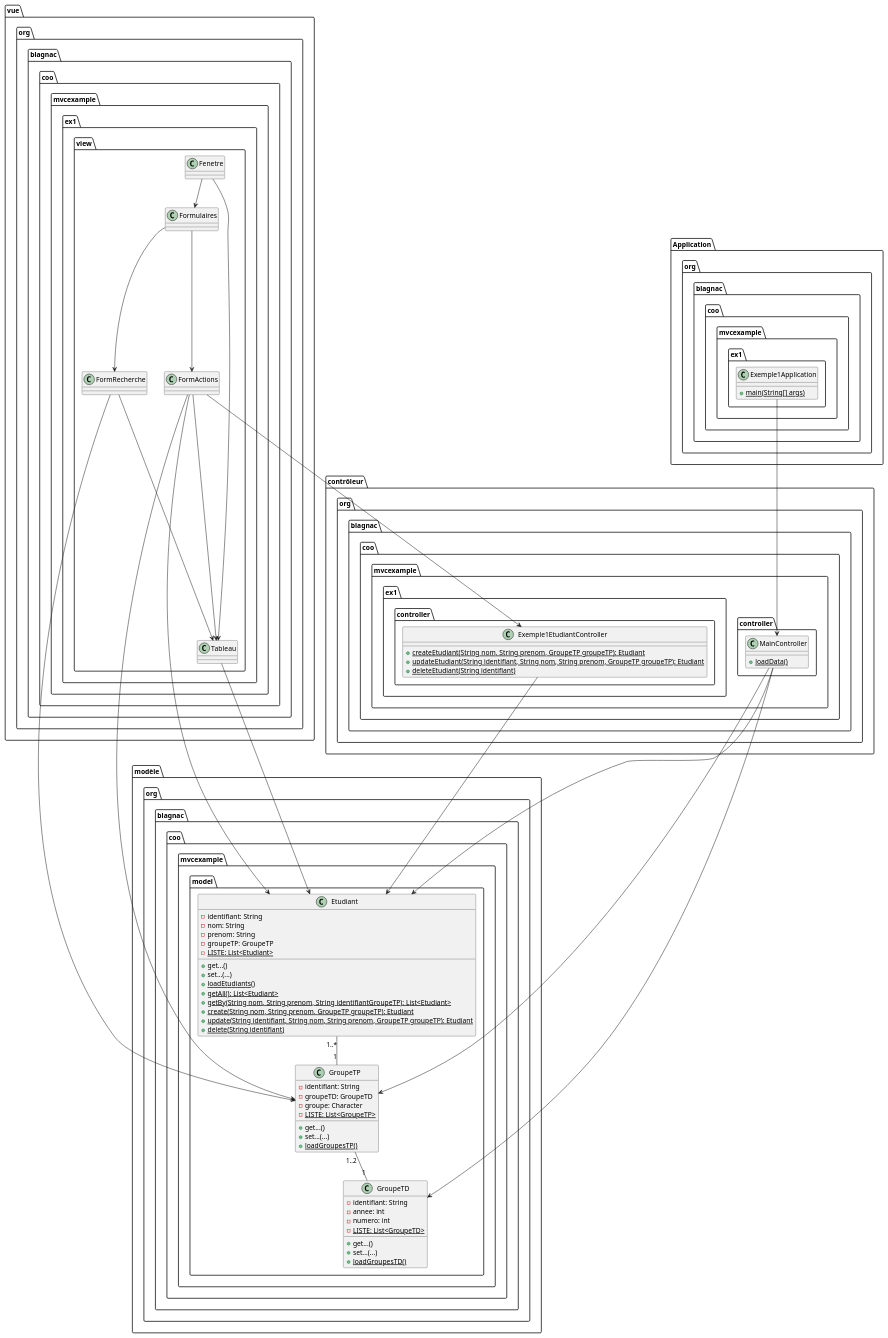
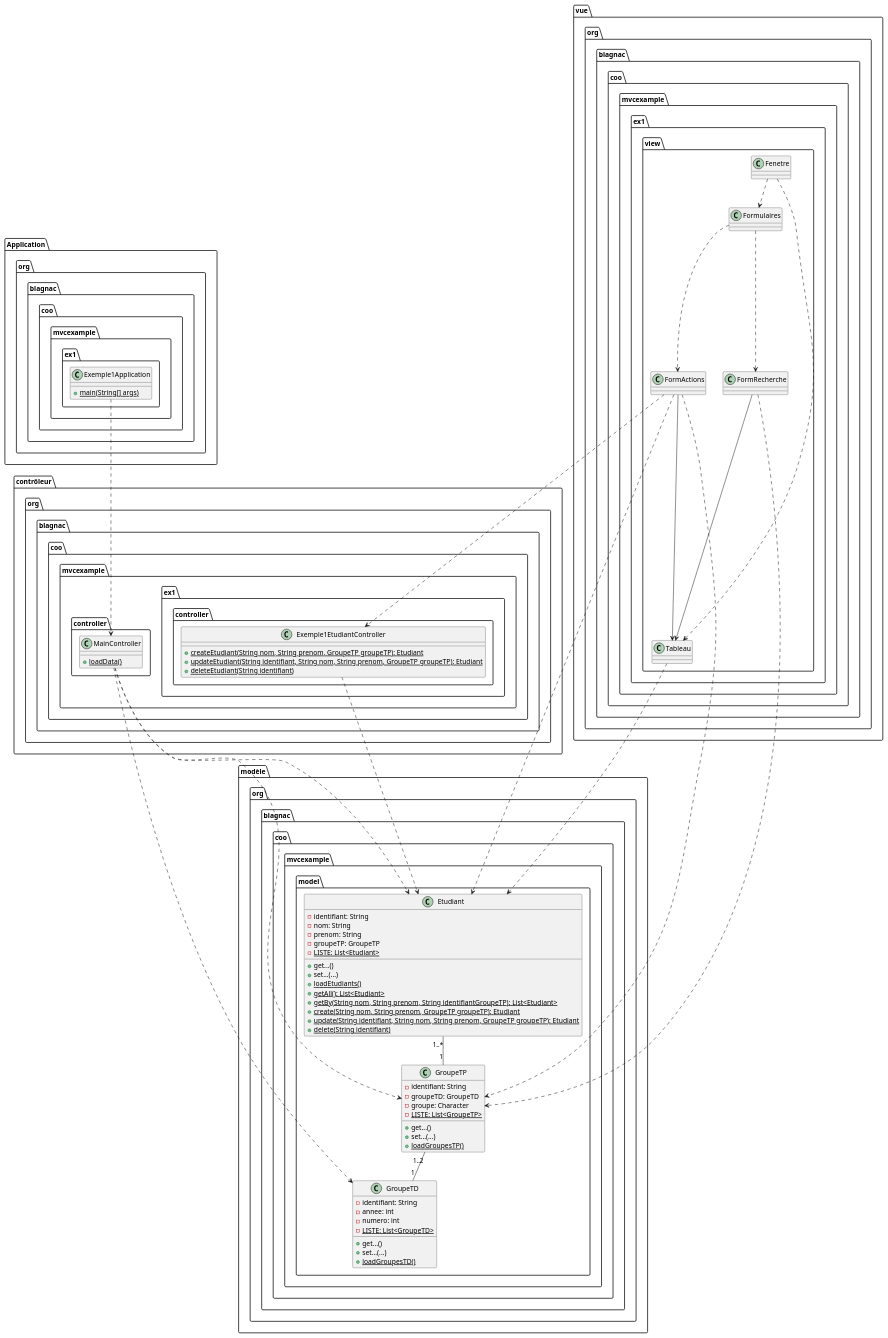
The fifth of 5 diagrams in src/main/doc/exemple1.adoc (tgoubin/mvc-example), drawn with PlantUML before and after one commit. The commit also changed other lines of this file and 2 other files, not shown here.

Commit message:
Corrections UML

```diff
--- a/src/main/doc/exemple1.adoc
+++ b/src/main/doc/exemple1.adoc
@@ -374,27 +374,27 @@
 	}
 }
 
-Fenetre --> Formulaires
-Fenetre --> Tableau
-Formulaires --> FormRecherche
-Formulaires --> FormActions
+Fenetre ..> Formulaires
+Fenetre ..> Tableau
+Formulaires ..> FormRecherche
+Formulaires ..> FormActions
 FormRecherche --> Tableau
 FormActions --> Tableau
 
-FormRecherche --> GroupeTP
-FormActions --> GroupeTP
-FormActions --> Etudiant
-FormActions --> Exemple1EtudiantController
-Tableau --> Etudiant
-Exemple1EtudiantController --> Etudiant
+FormRecherche ..> GroupeTP
+FormActions ..> GroupeTP
+FormActions ..> Etudiant
+FormActions ..> Exemple1EtudiantController
+Tableau ..> Etudiant
+Exemple1EtudiantController ..> Etudiant
 
 Etudiant "1..*" -- "1" GroupeTP
 GroupeTP "1..2" -- "1" GroupeTD
 
-Exemple1Application --> MainController
-MainController -> Etudiant
-MainController -> GroupeTP
-MainController -> GroupeTD
+Exemple1Application ..> MainController
+MainController ..> Etudiant
+MainController ..> GroupeTP
+MainController ..> GroupeTD
 
 @enduml
 ----
```
